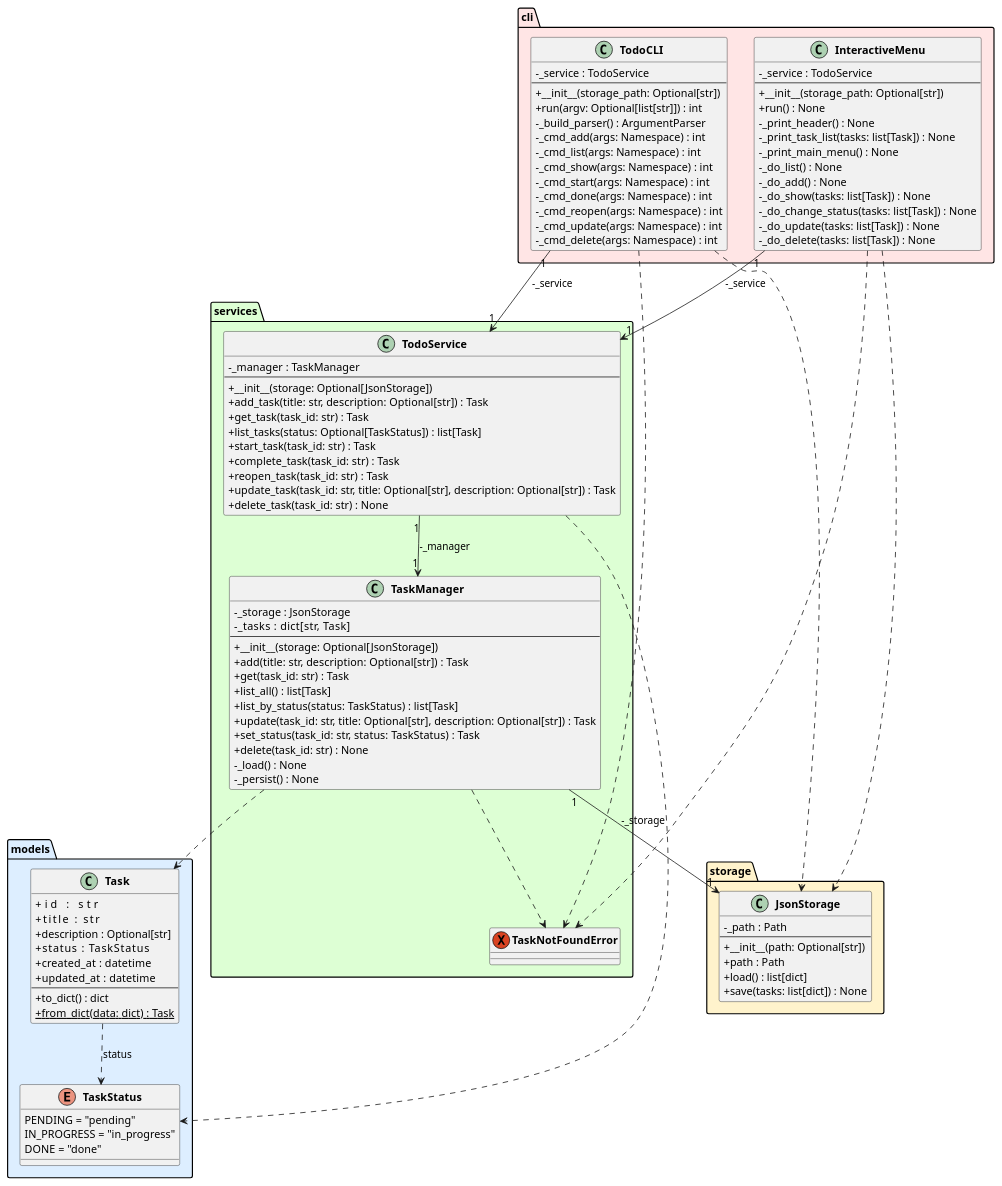
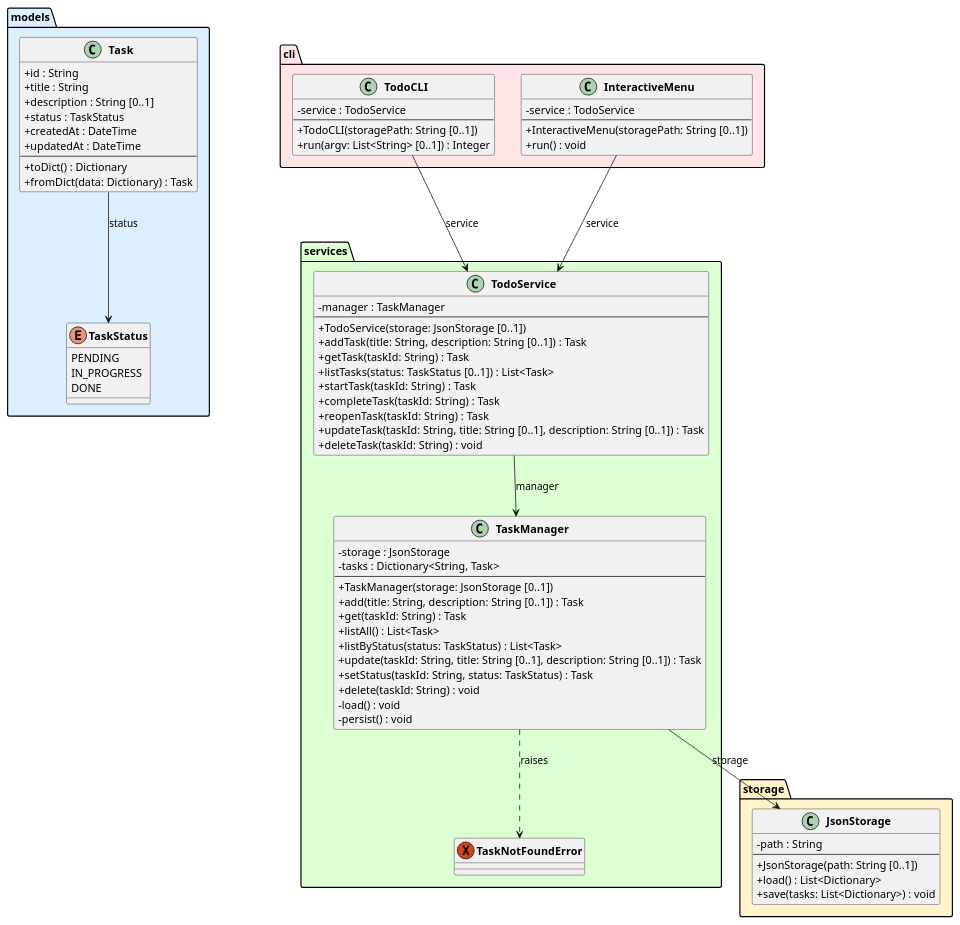
One commit to DanielRiha8906/Software_autoevolution_using_agents changed the diagram in baseline/TODO/artifacts/class_diagram.puml. Above: the diagram before and after it, drawn with PlantUML. The commit also changed 27 other files, not shown here.

Commit message:
github-workflow-manager diagrams + fixes to diagrams.

```diff
--- a/baseline/TODO/artifacts/class_diagram.puml
+++ b/baseline/TODO/artifacts/class_diagram.puml
@@ -1,117 +1,93 @@
 @startuml class_diagram
 
 skinparam classAttributeIconSize 0
 skinparam classFontStyle bold
 
 package "models" #DDEEFF {
     enum TaskStatus {
-        PENDING = "pending"
-        IN_PROGRESS = "in_progress"
-        DONE = "done"
+        PENDING
+        IN_PROGRESS
+        DONE
     }
 
     class Task {
-        +id          : str
-        +title       : str
-        +description : Optional[str]
-        +status      : TaskStatus
-        +created_at  : datetime
-        +updated_at  : datetime
+        +id : String
+        +title : String
+        +description : String [0..1]
+        +status : TaskStatus
+        +createdAt : DateTime
+        +updatedAt : DateTime
         --
-        +to_dict() : dict
-        +{static} from_dict(data: dict) : Task
+        +toDict() : Dictionary
+        +fromDict(data: Dictionary) : Task
     }
 }
 
 package "storage" #FFF3CC {
     class JsonStorage {
-        -_path : Path
+        -path : String
         --
-        +__init__(path: Optional[str])
-        +path : Path
-        +load() : list[dict]
-        +save(tasks: list[dict]) : None
+        +JsonStorage(path: String [0..1])
+        +load() : List<Dictionary>
+        +save(tasks: List<Dictionary>) : void
     }
 }
 
 package "services" #DDFFD4 {
     exception TaskNotFoundError
 
     class TaskManager {
-        -_storage : JsonStorage
-        -_tasks   : dict[str, Task]
+        -storage : JsonStorage
+        -tasks : Dictionary<String, Task>
         --
-        +__init__(storage: Optional[JsonStorage])
-        +add(title: str, description: Optional[str]) : Task
-        +get(task_id: str) : Task
-        +list_all() : list[Task]
-        +list_by_status(status: TaskStatus) : list[Task]
-        +update(task_id: str, title: Optional[str], description: Optional[str]) : Task
-        +set_status(task_id: str, status: TaskStatus) : Task
-        +delete(task_id: str) : None
-        -_load() : None
-        -_persist() : None
+        +TaskManager(storage: JsonStorage [0..1])
+        +add(title: String, description: String [0..1]) : Task
+        +get(taskId: String) : Task
+        +listAll() : List<Task>
+        +listByStatus(status: TaskStatus) : List<Task>
+        +update(taskId: String, title: String [0..1], description: String [0..1]) : Task
+        +setStatus(taskId: String, status: TaskStatus) : Task
+        +delete(taskId: String) : void
+        -load() : void
+        -persist() : void
     }
 
     class TodoService {
-        -_manager : TaskManager
+        -manager : TaskManager
         --
-        +__init__(storage: Optional[JsonStorage])
-        +add_task(title: str, description: Optional[str]) : Task
-        +get_task(task_id: str) : Task
-        +list_tasks(status: Optional[TaskStatus]) : list[Task]
-        +start_task(task_id: str) : Task
-        +complete_task(task_id: str) : Task
-        +reopen_task(task_id: str) : Task
-        +update_task(task_id: str, title: Optional[str], description: Optional[str]) : Task
-        +delete_task(task_id: str) : None
+        +TodoService(storage: JsonStorage [0..1])
+        +addTask(title: String, description: String [0..1]) : Task
+        +getTask(taskId: String) : Task
+        +listTasks(status: TaskStatus [0..1]) : List<Task>
+        +startTask(taskId: String) : Task
+        +completeTask(taskId: String) : Task
+        +reopenTask(taskId: String) : Task
+        +updateTask(taskId: String, title: String [0..1], description: String [0..1]) : Task
+        +deleteTask(taskId: String) : void
     }
 }
 
 package "cli" #FFE5E5 {
     class TodoCLI {
-        -_service : TodoService
+        -service : TodoService
         --
-        +__init__(storage_path: Optional[str])
-        +run(argv: Optional[list[str]]) : int
-        -_build_parser() : ArgumentParser
-        -_cmd_add(args: Namespace) : int
-        -_cmd_list(args: Namespace) : int
-        -_cmd_show(args: Namespace) : int
-        -_cmd_start(args: Namespace) : int
-        -_cmd_done(args: Namespace) : int
-        -_cmd_reopen(args: Namespace) : int
-        -_cmd_update(args: Namespace) : int
-        -_cmd_delete(args: Namespace) : int
+        +TodoCLI(storagePath: String [0..1])
+        +run(argv: List<String> [0..1]) : Integer
     }
 
     class InteractiveMenu {
-        -_service : TodoService
+        -service : TodoService
         --
-        +__init__(storage_path: Optional[str])
-        +run() : None
-        -_print_header() : None
-        -_print_task_list(tasks: list[Task]) : None
-        -_print_main_menu() : None
-        -_do_list() : None
-        -_do_add() : None
-        -_do_show(tasks: list[Task]) : None
-        -_do_change_status(tasks: list[Task]) : None
-        -_do_update(tasks: list[Task]) : None
-        -_do_delete(tasks: list[Task]) : None
+        +InteractiveMenu(storagePath: String [0..1])
+        +run() : void
     }
 }
-Task                   ..>     TaskStatus        : status
-TaskManager       "1" --> "1"  JsonStorage  : -_storage
-TaskManager            ..>     Task
-TaskManager            ..>     TaskNotFoundError
-TodoService       "1" --> "1"  TaskManager  : -_manager
-TodoCLI           "1" --> "1"  TodoService  : -_service
-InteractiveMenu   "1" --> "1"  TodoService  : -_service
-TodoCLI                ..>     JsonStorage
-InteractiveMenu        ..>     JsonStorage
-TodoCLI                ..>     TaskNotFoundError
-InteractiveMenu        ..>     TaskNotFoundError
-TodoService            ..>     TaskStatus
+
+Task --> TaskStatus : status
+TaskManager --> JsonStorage : storage
+TaskManager ..> TaskNotFoundError : raises
+TodoService --> TaskManager : manager
+TodoCLI --> TodoService : service
+InteractiveMenu --> TodoService : service
 
 @enduml
```
